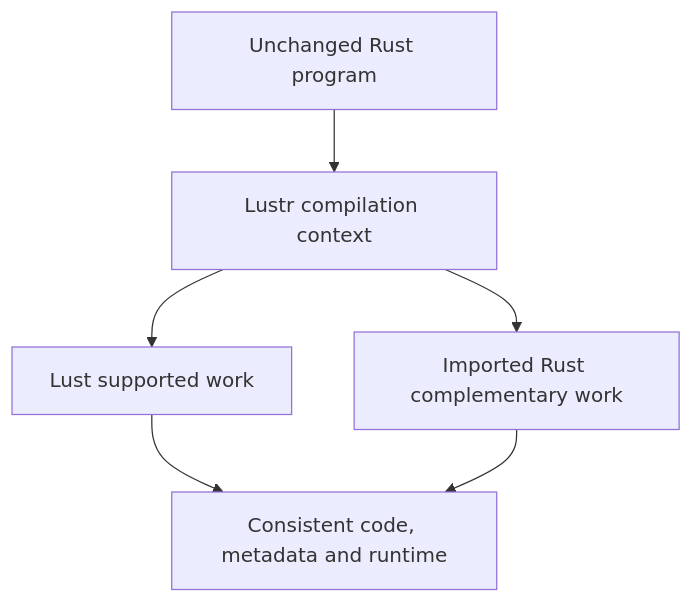
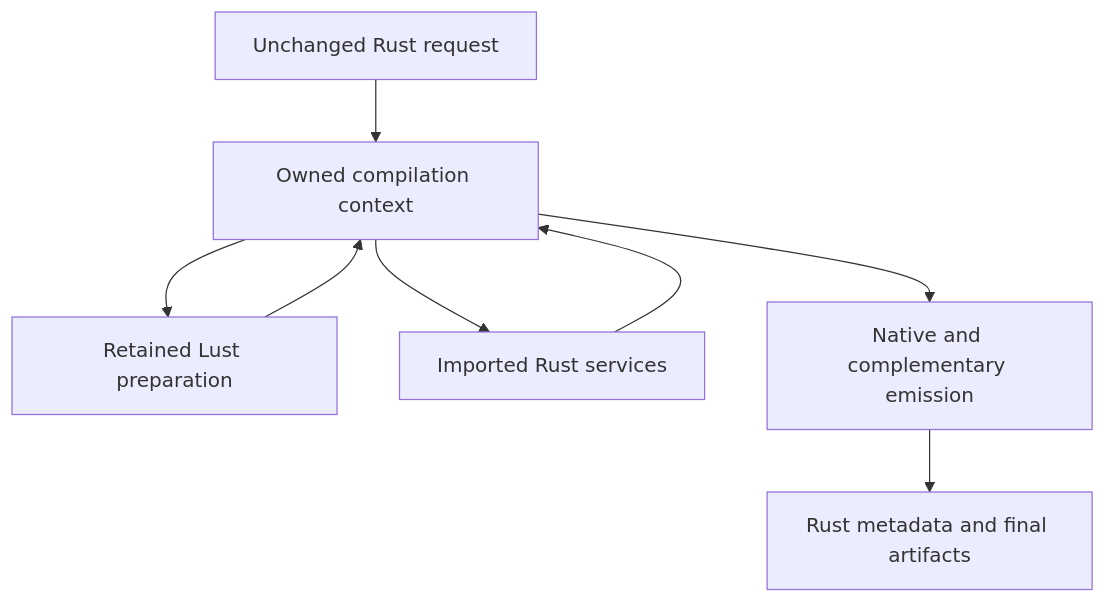
Before and after one commit to glopyglerky/lustr: the diagram in docs/compiler-set/design.md, drawn with Mermaid. The commit also changed other lines of this file and 11 other files, not shown here.

First line of the commit message:
docs: make integrated Lust and upstream Rust the governing plan

````diff
--- a/docs/compiler-set/design.md
+++ b/docs/compiler-set/design.md
@@ -10,8 +17,10 @@
 ```mermaid
 flowchart TD
-    A["Unchanged Rust program"] --> B["Lustr compilation context"]
-    B --> C["Lust supported work"]
-    B --> D["Imported Rust complementary work"]
-    C --> E["Consistent code, metadata and runtime"]
-    D --> E
+    A["Unchanged Rust request"] --> B["Owned compilation context"]
+    B --> C["Retained Lust preparation"]
+    B --> D["Imported Rust services"]
+    C --> B
+    D --> B
+    B --> E["Native and complementary emission"]
+    E --> F["Rust metadata and final artifacts"]
 ```
````
